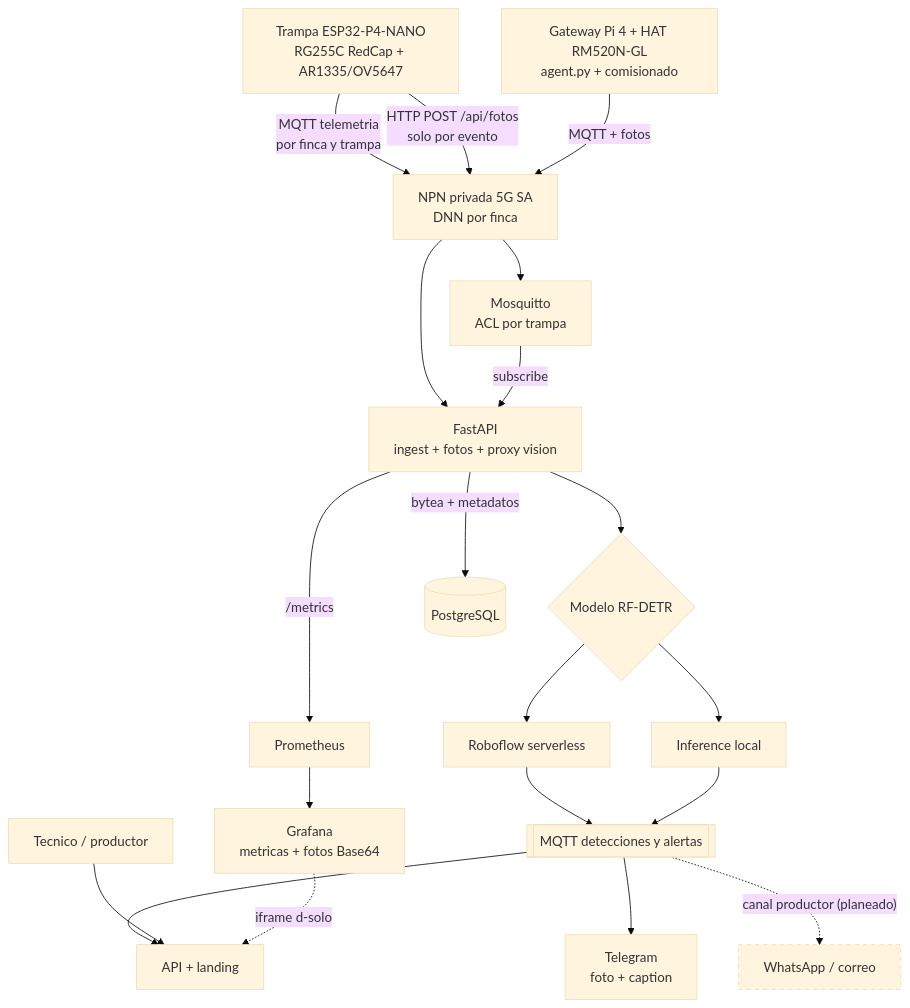
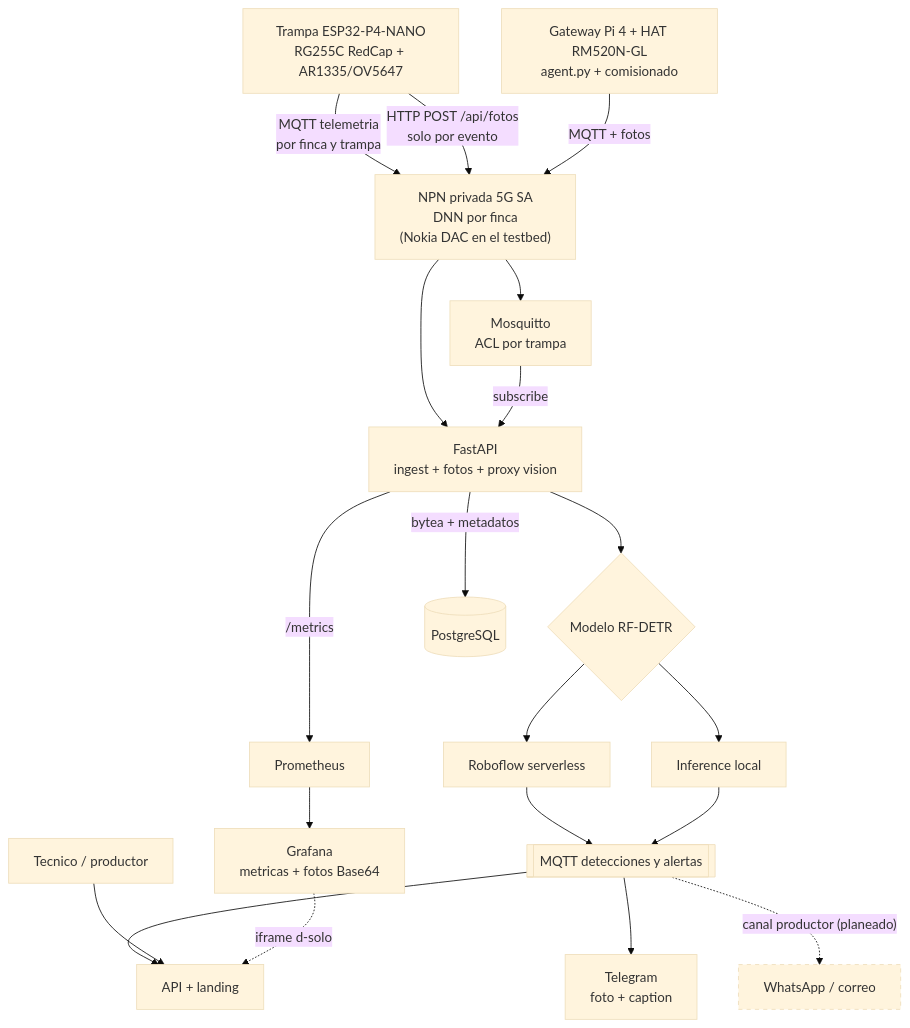
The first of 2 diagrams in docs-site/docs/explanation/arquitectura.md (vertivolatam/hackathon-5g-2026), drawn with Mermaid (base theme) before and after one commit. The commit also changed 2 other files, not shown here.

Commit message:
docs(red): NPN es Nokia DAC del testbed; gateways mMTC se registran a ella

````diff
--- a/docs-site/docs/explanation/arquitectura.md
+++ b/docs-site/docs/explanation/arquitectura.md
@@ -9,25 +9,25 @@
 ```mermaid
 graph TD
     T["Trampa ESP32-P4-NANO<br/>RG255C RedCap + AR1335/OV5647"] -->|MQTT telemetria<br/>por finca y trampa| NPN
     T -->|HTTP POST /api/fotos<br/>solo por evento| NPN
     G["Gateway Pi 4 + HAT RM520N-GL<br/>agent.py + comisionado"] -->|MQTT + fotos| NPN
-    NPN["NPN privada 5G SA<br/>DNN por finca"] --> M
+    NPN["NPN privada 5G SA<br/>DNN por finca<br/>(Nokia DAC en el testbed)"] --> M
     NPN --> B
     M["Mosquitto<br/>ACL por trampa"] -->|subscribe| B["FastAPI<br/>ingest + fotos + proxy vision"]
     B --> S{"Modelo RF-DETR"}
     S --> C["Roboflow serverless"]
     S --> L["Inference local"]
     C --> D[["MQTT detecciones y alertas"]]
     L --> D
     B -->|bytea + metadatos| P[("PostgreSQL")]
     B -->|/metrics| PR["Prometheus"]
     PR --> GR["Grafana<br/>metricas + fotos Base64"]
     D --> APIV["API + landing"]
     D --> TG["Telegram<br/>foto + caption"]
     D -. canal productor (planeado) .-> WA["WhatsApp / correo"]
     CEL["Tecnico / productor"] --> APIV
     GR -. iframe d-solo .-> APIV
 
     classDef planeado stroke-dasharray:5 5;
     class WA planeado;
 ```
````
